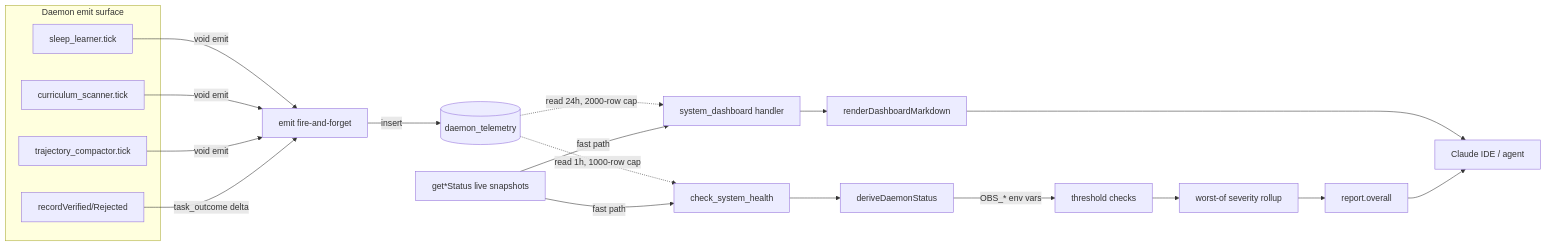
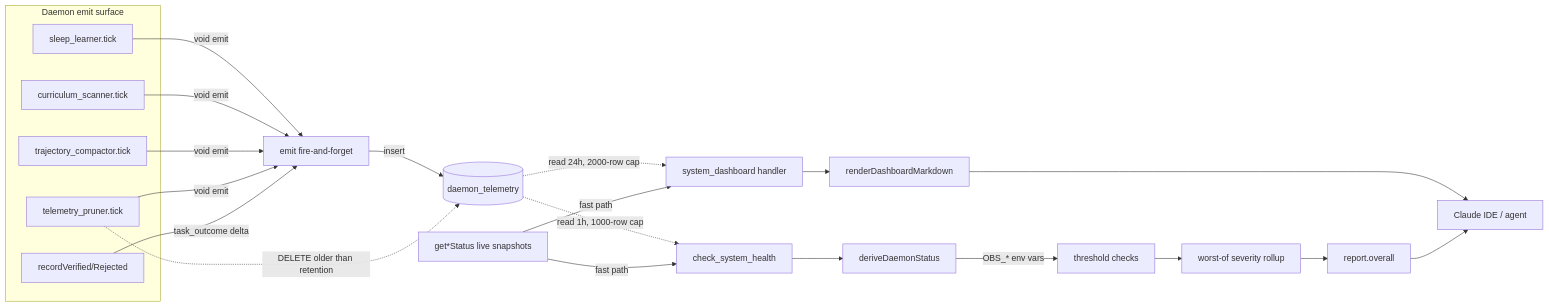
One commit to NABILNET-ORG/Claude-Memory changed diagram 15 of 16 in ARCHITECTURE.md. Above: the diagram before and after it, drawn with Mermaid. The commit also changed other lines of this file and 8 other files, not shown here.

First line of the commit message:
feat(obs): telemetry_pruner — 4th daemon for daemon_telemetry retention (#124)

````diff
--- a/ARCHITECTURE.md
+++ b/ARCHITECTURE.md
@@ -564,31 +566,34 @@
 ```mermaid
 flowchart LR
   subgraph Daemons["Daemon emit surface"]
     SL[sleep_learner.tick]
     CS[curriculum_scanner.tick]
     TC[trajectory_compactor.tick]
+    TP[telemetry_pruner.tick]
     RV[recordVerified/Rejected]
   end
 
   SL -->|void emit| E[emit fire-and-forget]
   CS -->|void emit| E
   TC -->|void emit| E
+  TP -->|void emit| E
   RV -->|task_outcome delta| E
 
   E -->|insert| T[(daemon_telemetry)]
+  TP -.->|DELETE older than retention| T
 
   T -.->|read 24h, 2000-row cap| SD[system_dashboard handler]
   T -.->|read 1h, 1000-row cap| CH[check_system_health]
 
   SD --> MD[renderDashboardMarkdown]
   MD --> AGENT[Claude IDE / agent]
 
   GS[get*Status live snapshots] -->|fast path| SD
   GS -->|fast path| CH
 
   CH --> DDS[deriveDaemonStatus]
   DDS -->|OBS_* env vars| TH[threshold checks]
   TH --> WO[worst-of severity rollup]
   WO --> OV[report.overall]
   OV --> AGENT
 ```
````
